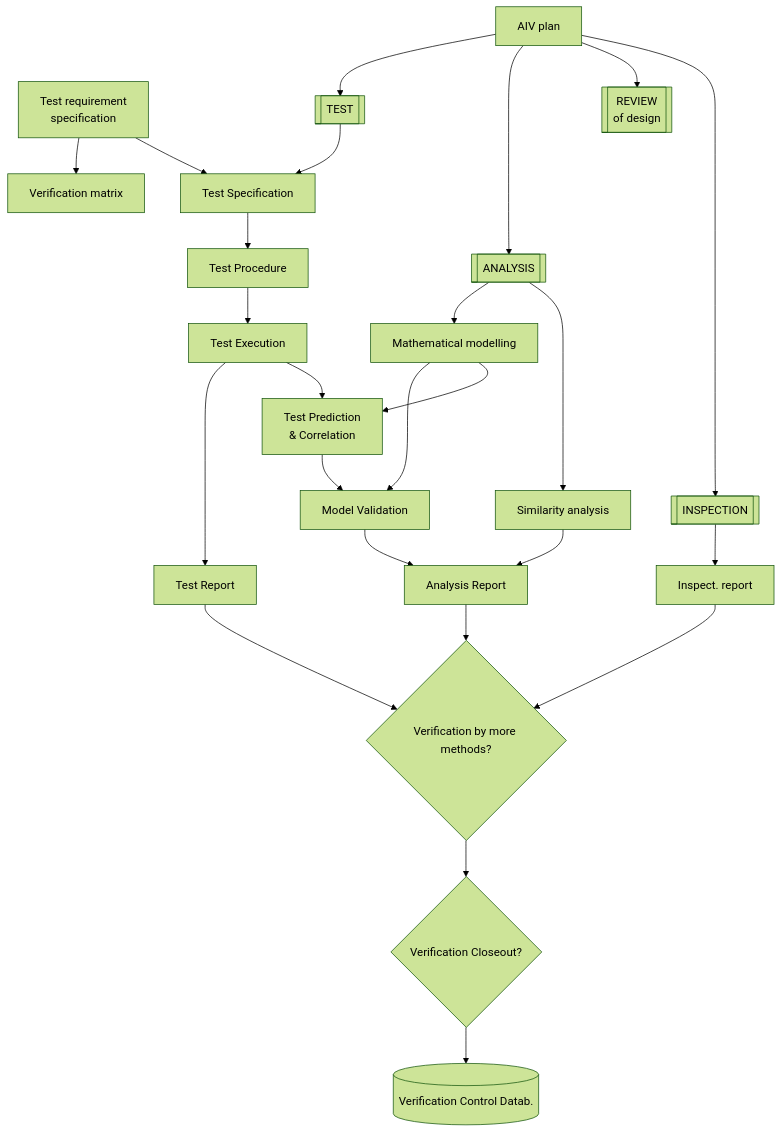
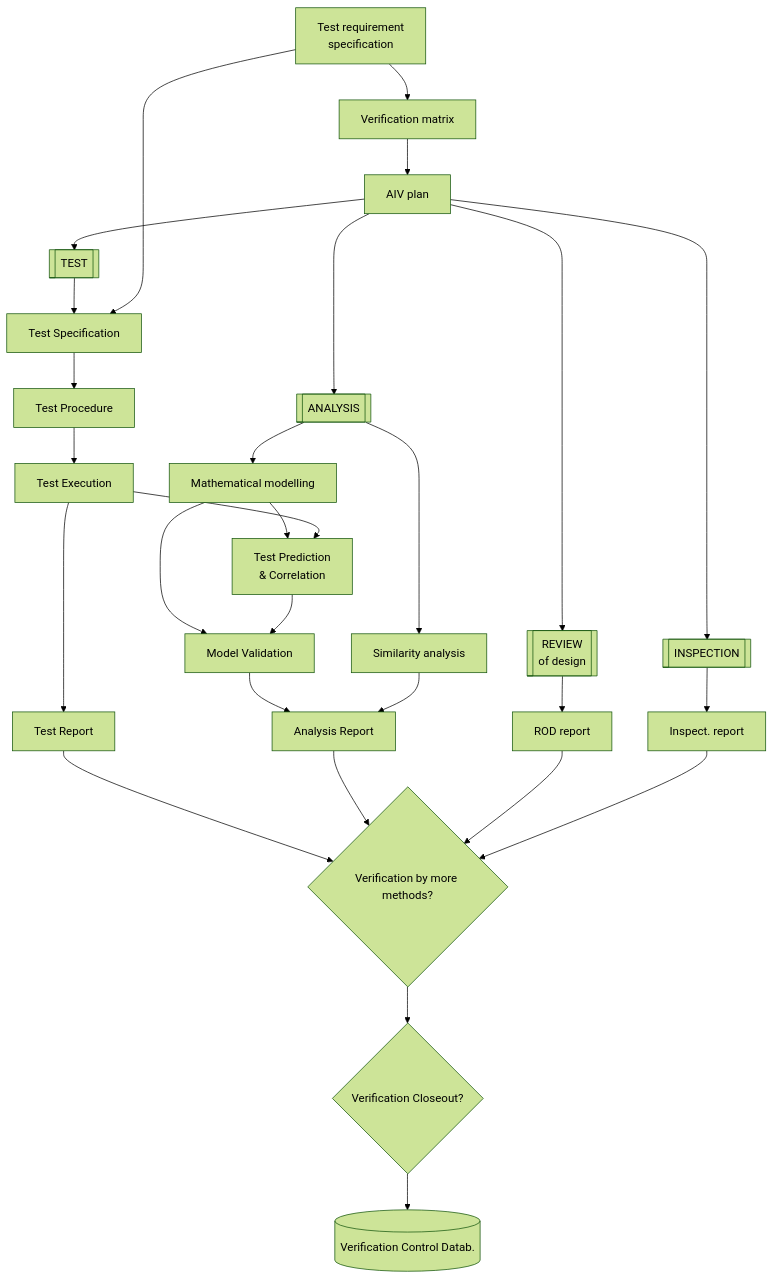
Before and after one commit to limu007/quvik: the diagram in calib/Validation.md, drawn with Mermaid (forest theme).

````diff
--- a/calib/Validation.md
+++ b/calib/Validation.md
@@ -3,44 +3,45 @@
 ```mermaid
 flowchart TB
   TRS["`Test requirement
   specification`"]
   VM["Verification matrix"]
   VCD[(Verification Control Datab.)]
 
   AIV["AIV plan"]
   TEST[["TEST"]]
   TS["Test Specification"]
   TP["Test Procedure"]
   TE["Test Execution"]
   TPC["`Test Prediction
 & Correlation`"]
   TR["Test Report"]
 
   INS[["INSPECTION"]]
   IR["Inspect. report"]
   ANAL[["ANALYSIS"]]
   MM["Mathematical modelling"]
   MV["Model Validation"]
   SM["Similarity analysis"]
   AR["Analysis Report"]
 
   ROD[["`REVIEW
   of design`"]]
+  RR["ROD report"]
 
   meth{"Verification by more methods?"}
   close{"Verification Closeout?"}
   
   TEST --> TS --> TP --> TE --> TR --> meth
-  TRS --> VM
+  TRS --> VM --> AIV
   TRS --> TS
   AIV --> TEST
   AIV --> ANAL
   ANAL --> MM --> MV --> AR
   ANAL --> SM --> AR --> meth
-  AIV --> ROD
+  AIV --> ROD --> RR --> meth
   AIV --> INS --> IR --> meth
   MM --> TPC
   TE --> TPC --> MV 
   meth --> close --> VCD
 
 ```
````
